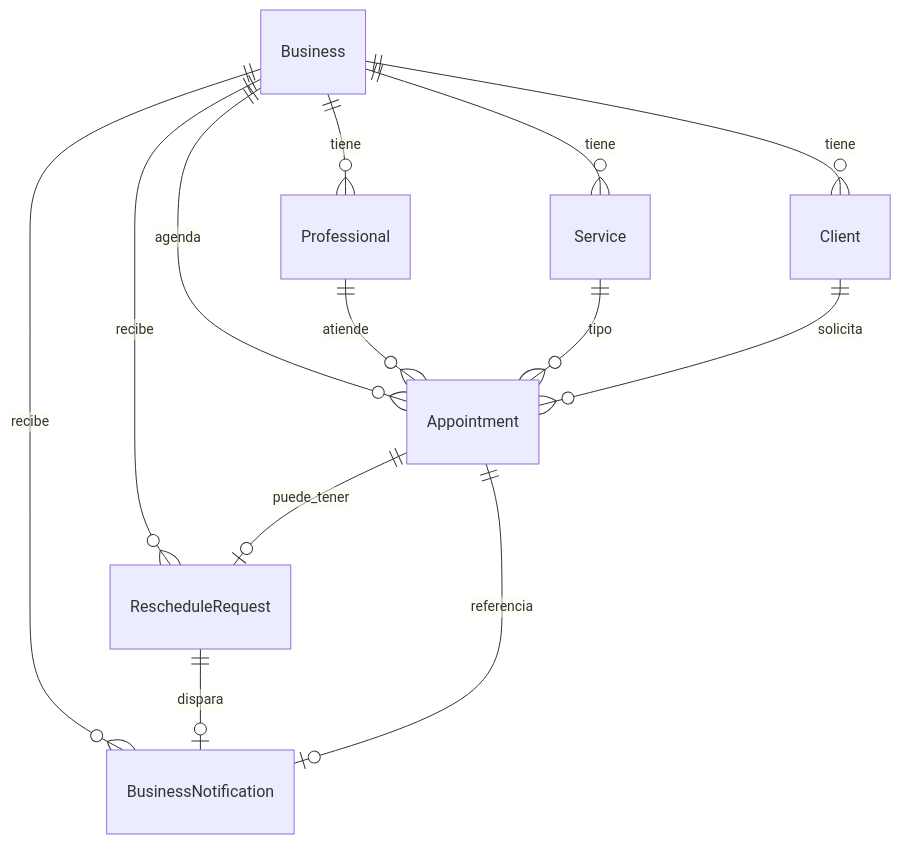
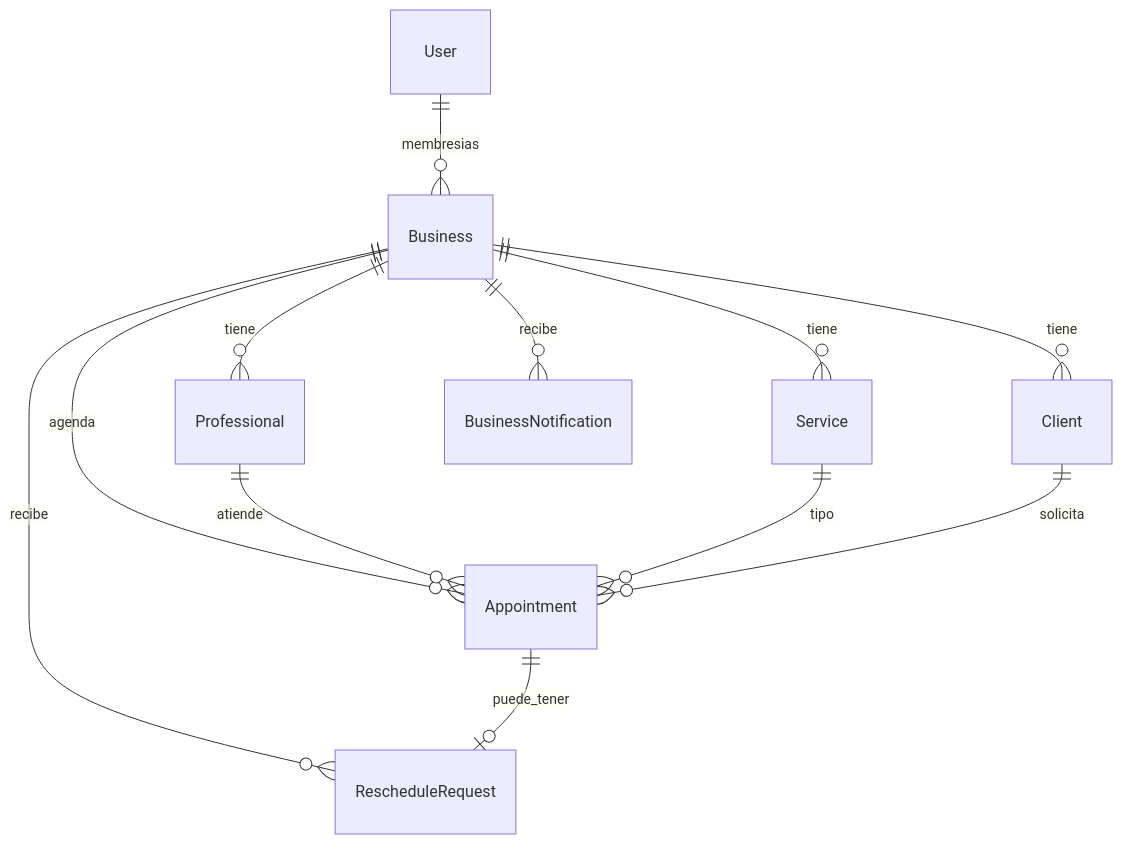
One commit to Edwardortiz117/Turnify_Frontend changed the fifth of 8 diagrams in docs/sustentacion-turnify.md. Above: the diagram before and after it, drawn with Mermaid. The commit also changed other lines of this file and 10 other files, not shown here.

````diff
--- a/docs/sustentacion-turnify.md
+++ b/docs/sustentacion-turnify.md
@@ -290,15 +313,14 @@
 ```mermaid
 erDiagram
   Business ||--o{ Service : tiene
   Business ||--o{ Professional : tiene
   Business ||--o{ Client : tiene
   Business ||--o{ Appointment : agenda
   Business ||--o{ BusinessNotification : recibe
   Business ||--o{ RescheduleRequest : recibe
+  User ||--o{ Business : membresias
   Professional ||--o{ Appointment : atiende
   Service ||--o{ Appointment : tipo
   Client ||--o{ Appointment : solicita
   Appointment ||--o| RescheduleRequest : puede_tener
-  RescheduleRequest ||--o| BusinessNotification : dispara
-  Appointment ||--o| BusinessNotification : referencia
 ```
````
